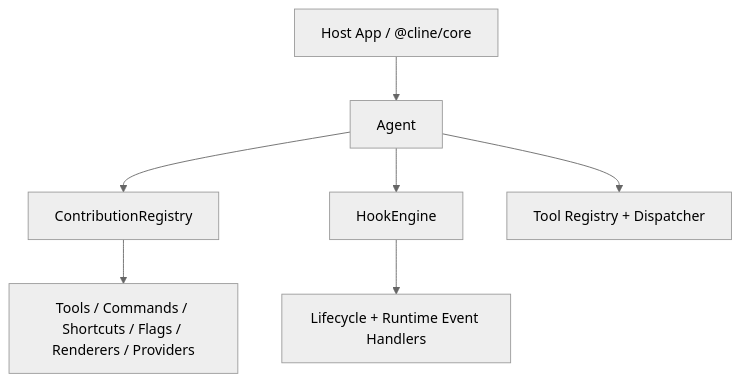
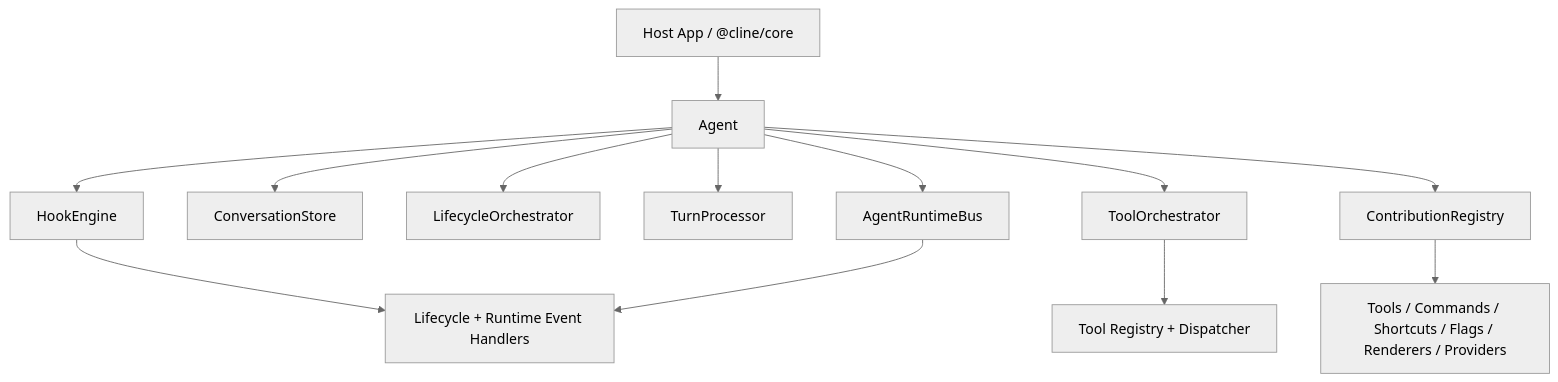
Before and after one commit to Dastan-Prince/cline-cn: the diagram in sdk/packages/agents/ARCHITECTURE.md, drawn with Mermaid (neutral theme). The commit also changed other lines of this file and 54 other files, not shown here.

````diff
--- a/sdk/packages/agents/ARCHITECTURE.md
+++ b/sdk/packages/agents/ARCHITECTURE.md
@@ -14,10 +14,16 @@
 ```mermaid
 flowchart TD
   Host["Host App / @cline/core"] --> Agent["Agent"]
+  Agent --> Bus["AgentRuntimeBus"]
+  Agent --> Conversation["ConversationStore"]
+  Agent --> LifecycleOrchestrator["LifecycleOrchestrator"]
+  Agent --> TurnProcessor["TurnProcessor"]
+  Agent --> ToolOrchestrator["ToolOrchestrator"]
   Agent --> Registry["ContributionRegistry"]
   Agent --> Hooks["HookEngine"]
-  Agent --> Tools["Tool Registry + Dispatcher"]
+  ToolOrchestrator --> Tools["Tool Registry + Dispatcher"]
 
   Registry --> Contributions["Tools / Commands / Shortcuts / Flags / Renderers / Providers"]
   Hooks --> Lifecycle["Lifecycle + Runtime Event Handlers"]
+  Bus --> Lifecycle
 ```
````
